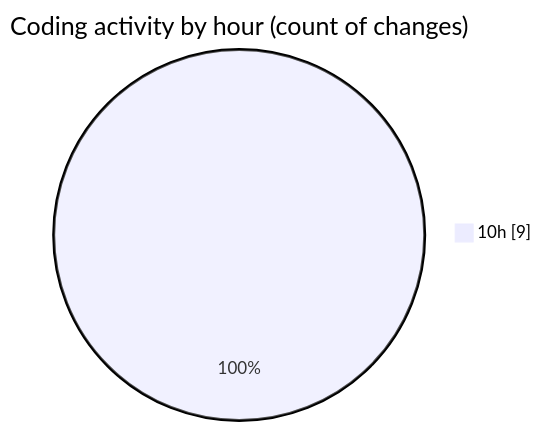
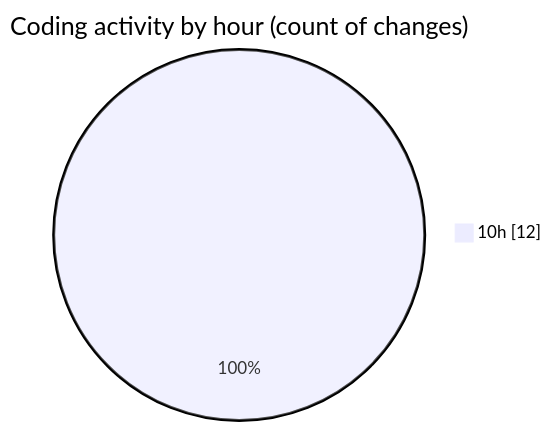
The second of 2 diagrams in 2025-11-16/argos/README.md (nxtqubesakshisongat/code-tracking), drawn with Mermaid before and after one commit. The commit also changed other lines of this file and 1 other file, not shown here.

````diff
--- a/2025-11-16/argos/README.md
+++ b/2025-11-16/argos/README.md
@@ -33,5 +33,5 @@
 ```mermaid
 pie showData
 title Coding activity by hour (count of changes)
-"10h" : 9
+"10h" : 12
 ```
````
